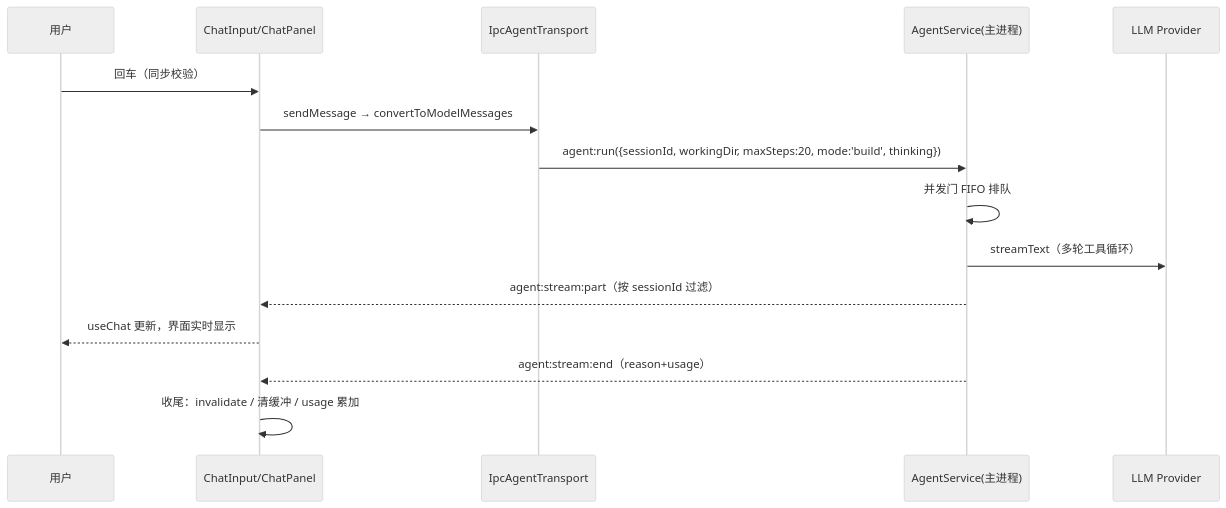
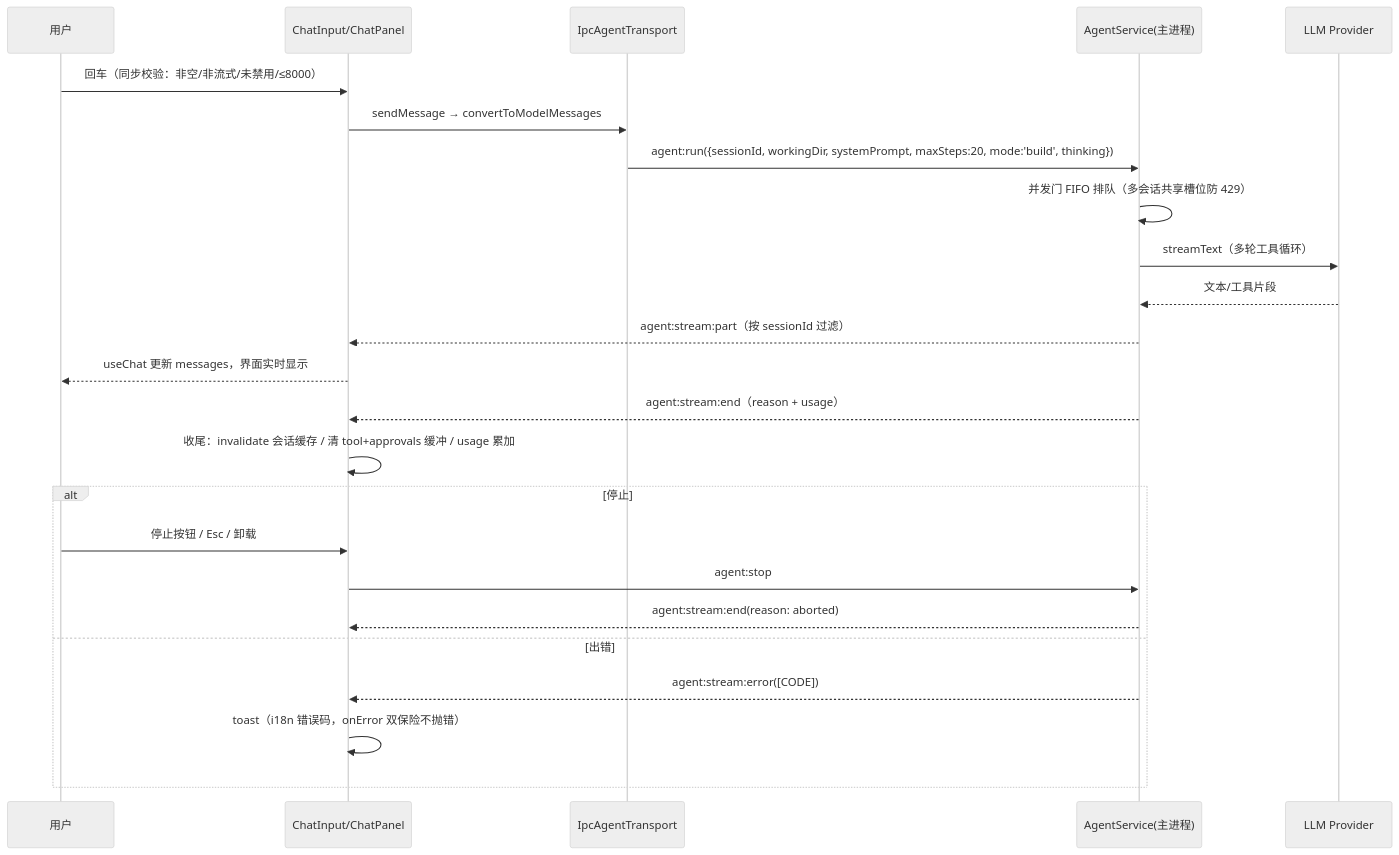
The fifth of 5 diagrams in docs/design/09-ux-interaction-spec.md (zlh12331/superagent), drawn with Mermaid (neutral theme) before and after one commit. The commit also changed other lines of this file, not shown here.

````diff
--- a/docs/design/09-ux-interaction-spec.md
+++ b/docs/design/09-ux-interaction-spec.md
@@ -271,17 +345,26 @@
 ```mermaid
 sequenceDiagram
   participant U as 用户
   participant C as ChatInput/ChatPanel
   participant T as IpcAgentTransport
   participant M as AgentService(主进程)
   participant L as LLM Provider
-  U->>C: 回车（同步校验）
+  U->>C: 回车（同步校验：非空/非流式/未禁用/≤8000）
   C->>T: sendMessage → convertToModelMessages
-  T->>M: agent:run({sessionId, workingDir, maxSteps:20, mode:'build', thinking})
-  M->>M: 并发门 FIFO 排队
+  T->>M: agent:run({sessionId, workingDir, systemPrompt, maxSteps:20, mode:'build', thinking})
+  M->>M: 并发门 FIFO 排队（多会话共享槽位防 429）
   M->>L: streamText（多轮工具循环）
+  L-->>M: 文本/工具片段
   M-->>C: agent:stream:part（按 sessionId 过滤）
-  C-->>U: useChat 更新，界面实时显示
-  M-->>C: agent:stream:end（reason+usage）
-  C->>C: 收尾：invalidate / 清缓冲 / usage 累加
+  C-->>U: useChat 更新 messages，界面实时显示
+  M-->>C: agent:stream:end（reason + usage）
+  C->>C: 收尾：invalidate 会话缓存 / 清 tool+approvals 缓冲 / usage 累加
+  alt 停止
+    U->>C: 停止按钮 / Esc / 卸载
+    C->>M: agent:stop
+    M-->>C: agent:stream:end(reason: aborted)
+  else 出错
+    M-->>C: agent:stream:error([CODE])
+    C->>C: toast（i18n 错误码，onError 双保险不抛错）
+  end
 ```
````
